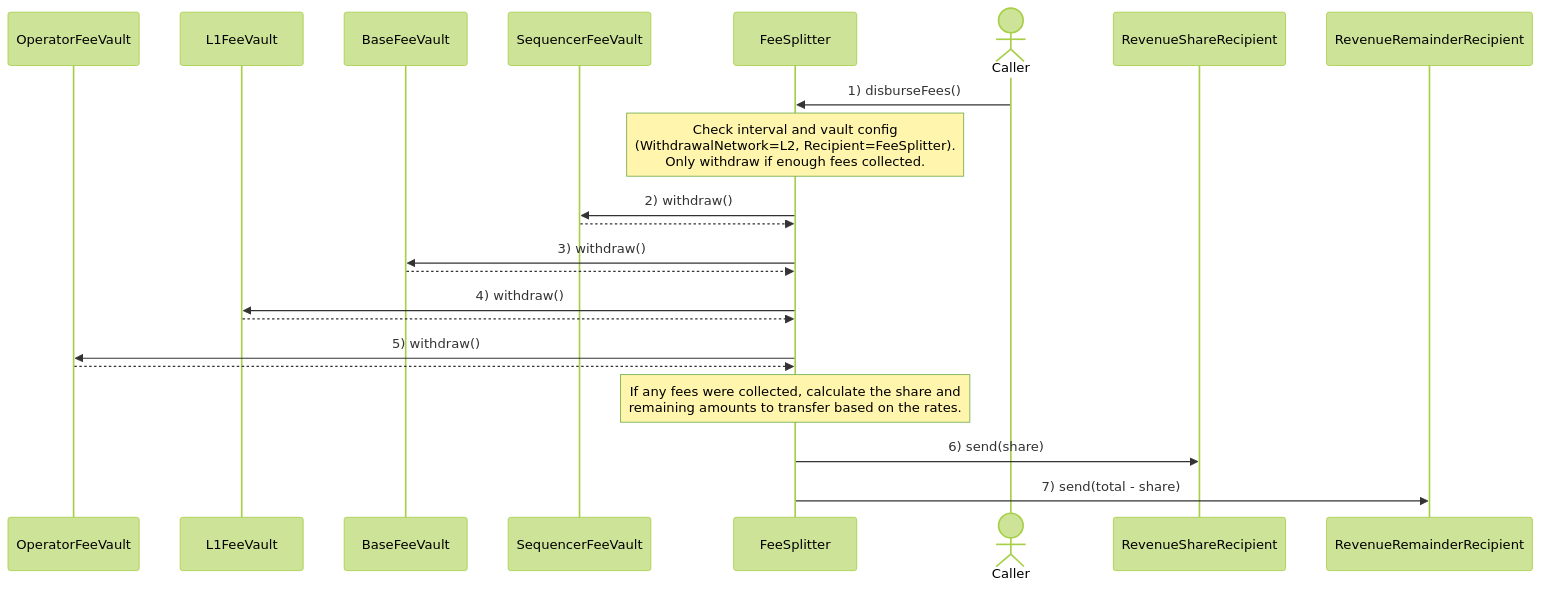
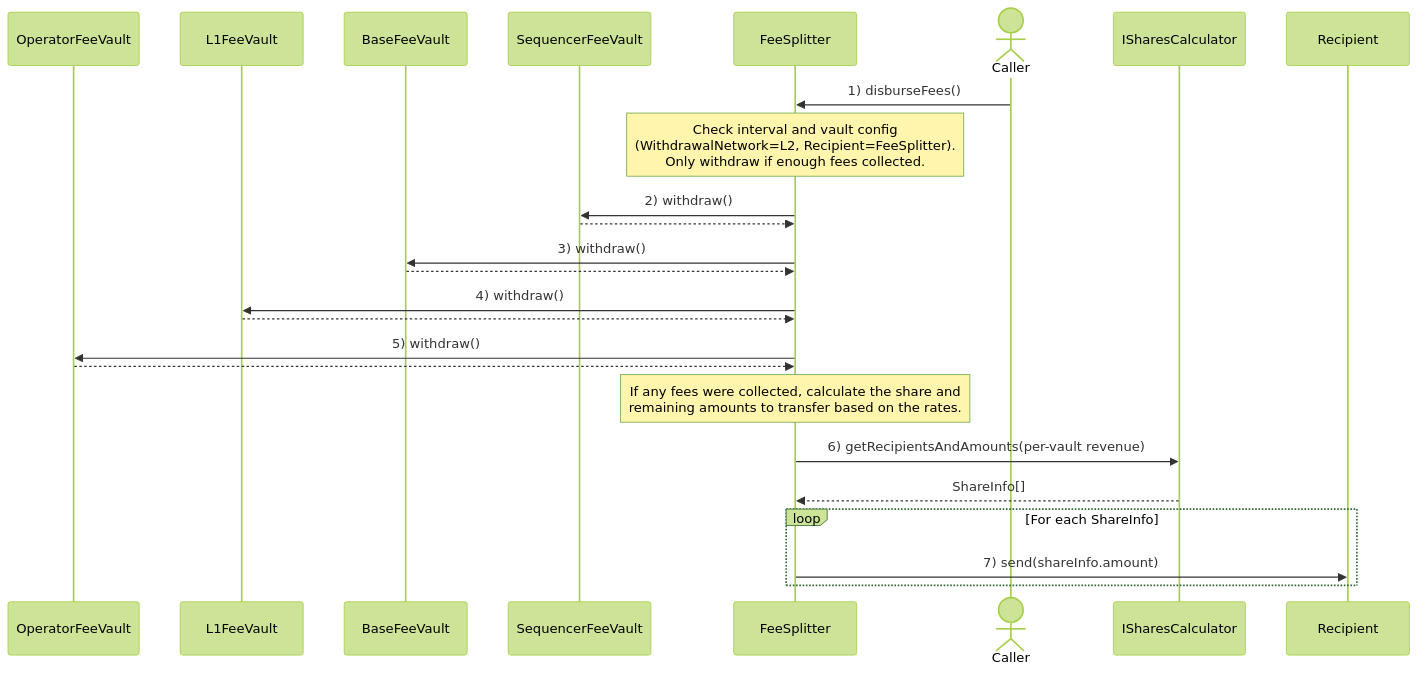
The diagram in specs/protocol/jovian/predeploys.md (defi-wonderland/specs), drawn with Mermaid (forest theme) before and after one commit. The commit also changed other lines of this file and 5 other files, not shown here.

````diff
--- a/specs/protocol/jovian/predeploys.md
+++ b/specs/protocol/jovian/predeploys.md
@@ -60,35 +54,37 @@
 ```mermaid
 sequenceDiagram
 
     participant OperatorFeeVault
     participant L1FeeVault
     participant BaseFeeVault
     participant SequencerFeeVault
     participant FeeSplitter
     actor Caller
-    participant RevenueShareRecipient
-    participant RevenueRemainderRecipient
-
-
+    participant ISharesCalculator
+    participant Recipient
 
     Caller ->> FeeSplitter: 1) disburseFees()
 
     Note over FeeSplitter: Check interval and vault config <br> (WithdrawalNetwork=L2, Recipient=FeeSplitter). <br/>Only withdraw if enough fees collected.
 
     FeeSplitter ->> SequencerFeeVault: 2) withdraw()
     SequencerFeeVault -->> FeeSplitter:
 
     FeeSplitter ->> BaseFeeVault: 3) withdraw()
     BaseFeeVault -->> FeeSplitter:
 
     FeeSplitter ->> L1FeeVault: 4) withdraw()
     L1FeeVault -->> FeeSplitter:
 
     FeeSplitter ->> OperatorFeeVault: 5) withdraw()
     OperatorFeeVault -->> FeeSplitter:
 
     Note over FeeSplitter: If any fees were collected, calculate the share and <br> remaining amounts to transfer based on the rates.
 
-    FeeSplitter ->> RevenueShareRecipient: 6) send(share)
-    FeeSplitter ->> RevenueRemainderRecipient: 7) send(total - share)
+    FeeSplitter ->> ISharesCalculator: 6) getRecipientsAndAmounts(per-vault revenue)
+    ISharesCalculator -->> FeeSplitter: ShareInfo[]
+
+    loop For each ShareInfo
+        FeeSplitter ->> Recipient: 7) send(shareInfo.amount)
+    end
 ```
````
